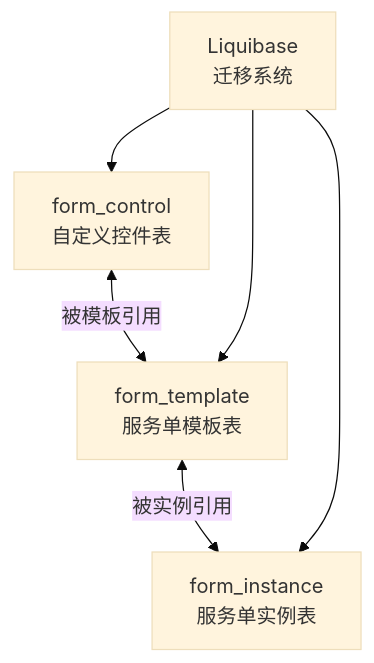
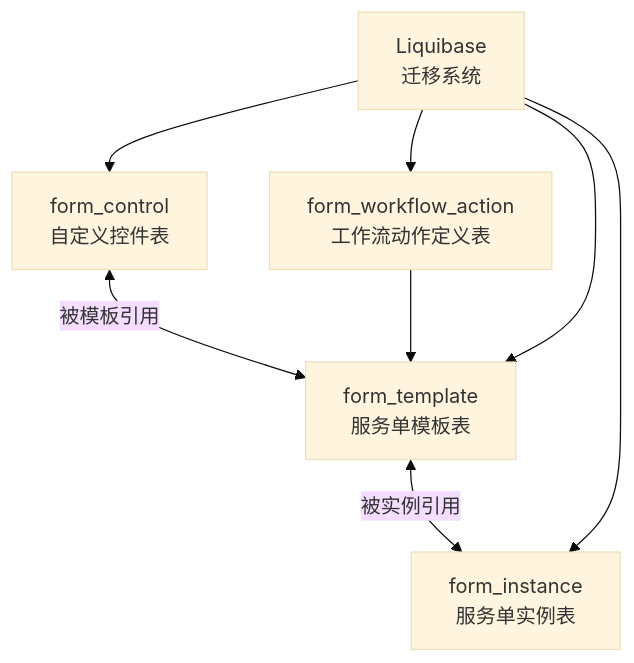
Before and after one commit to NJMrLi/genetics: the first of 3 diagrams in .qoder/repowiki/zh/content/数据库设计/数据库设计.md, drawn with Mermaid (base theme). The commit also changed other lines of this file and 21 other files, not shown here.

````diff
--- a/.qoder/repowiki/zh/content/数据库设计/数据库设计.md
+++ b/.qoder/repowiki/zh/content/数据库设计/数据库设计.md
@@ -51,11 +60,14 @@
 ```mermaid
 graph TB
 FC["form_control<br/>自定义控件表"]
 FT["form_template<br/>服务单模板表"]
 FI["form_instance<br/>服务单实例表"]
+FWA["form_workflow_action<br/>工作流动作定义表"]
 FC <-- "被模板引用" --> FT
 FT <-- "被实例引用" --> FI
+FWA --> FT
 LQ["Liquibase<br/>迁移系统"] --> FC
 LQ --> FT
 LQ --> FI
+LQ --> FWA
 ```
````
